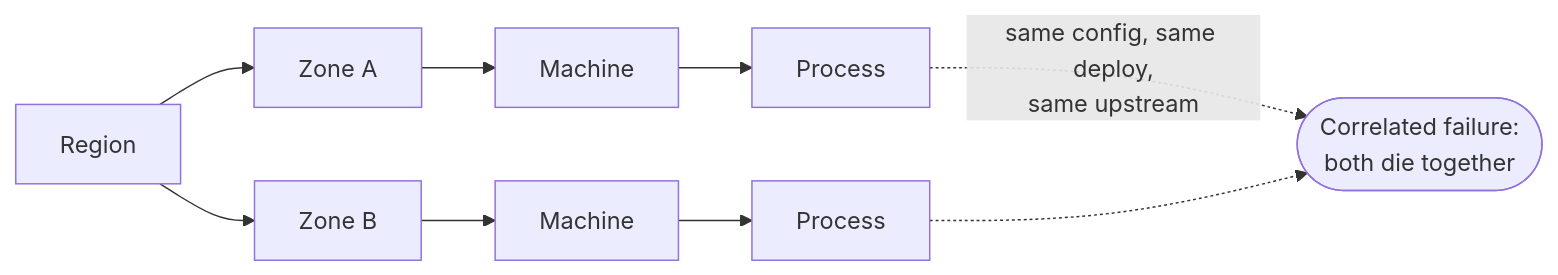
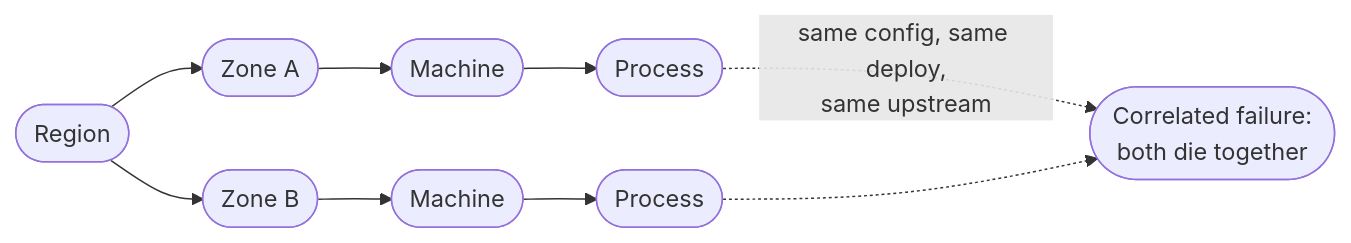
Diagram 13 of 19 in examples/system-design-foundations.md (Laticent/lattice), drawn with Mermaid before and after one commit. The commit also changed other lines of this file and 1 other file, not shown here.

First line of the commit message:
deck(examples): break the prose templates, and stop the diagrams asserting falsehoods

````diff
--- a/examples/system-design-foundations.md
+++ b/examples/system-design-foundations.md
@@ -1773,7 +1773,7 @@
 ```mermaid
 flowchart LR
-  R["Region"] --> Z1["Zone A"] --> M1["Machine"] --> P1["Process"]
-  R --> Z2["Zone B"] --> M2["Machine"] --> P2["Process"]
+  R(["Region"]) --> Z1(["Zone A"]) --> M1(["Machine"]) --> P1(["Process"])
+  R --> Z2(["Zone B"]) --> M2(["Machine"]) --> P2(["Process"])
   P1 -.->|"same config, same deploy,<br/>same upstream"| C(["Correlated failure:<br/>both die together"])
   P2 -.-> C
 ```
````
